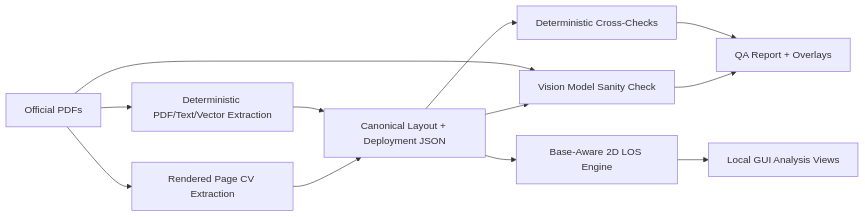
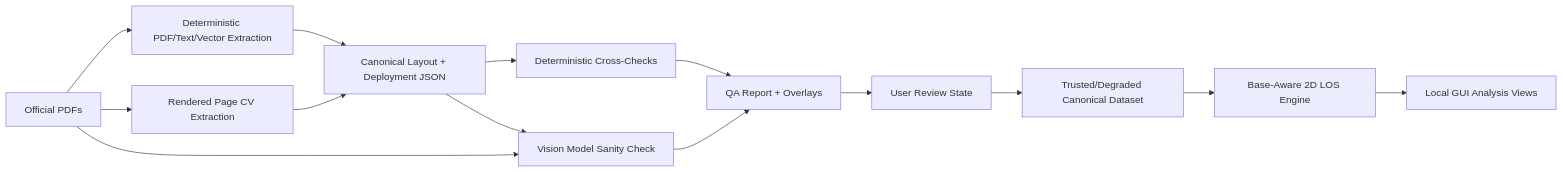
The diagram in docs/superpowers/specs/2026-06-16-warhammer-40k-los-design.md (kraken-yoba/wh40k-los-analyzer), drawn with Mermaid before and after one commit. The commit also changed other lines of this file, not shown here.

Commit message:
Harden Warhammer LOS design spec

````diff
--- a/docs/superpowers/specs/2026-06-16-warhammer-40k-los-design.md
+++ b/docs/superpowers/specs/2026-06-16-warhammer-40k-los-design.md
@@ -61,14 +63,16 @@
 ```mermaid
 flowchart LR
   A["Official PDFs"] --> B["Deterministic PDF/Text/Vector Extraction"]
   A --> C["Rendered Page CV Extraction"]
   B --> D["Canonical Layout + Deployment JSON"]
   C --> D
   D --> E["Deterministic Cross-Checks"]
   A --> F["Vision Model Sanity Check"]
   D --> F
   E --> G["QA Report + Overlays"]
   F --> G
-  D --> H["Base-Aware 2D LOS Engine"]
-  H --> I["Local GUI Analysis Views"]
+  G --> H["User Review State"]
+  H --> I["Trusted/Degraded Canonical Dataset"]
+  I --> J["Base-Aware 2D LOS Engine"]
+  J --> K["Local GUI Analysis Views"]
 ```
````
